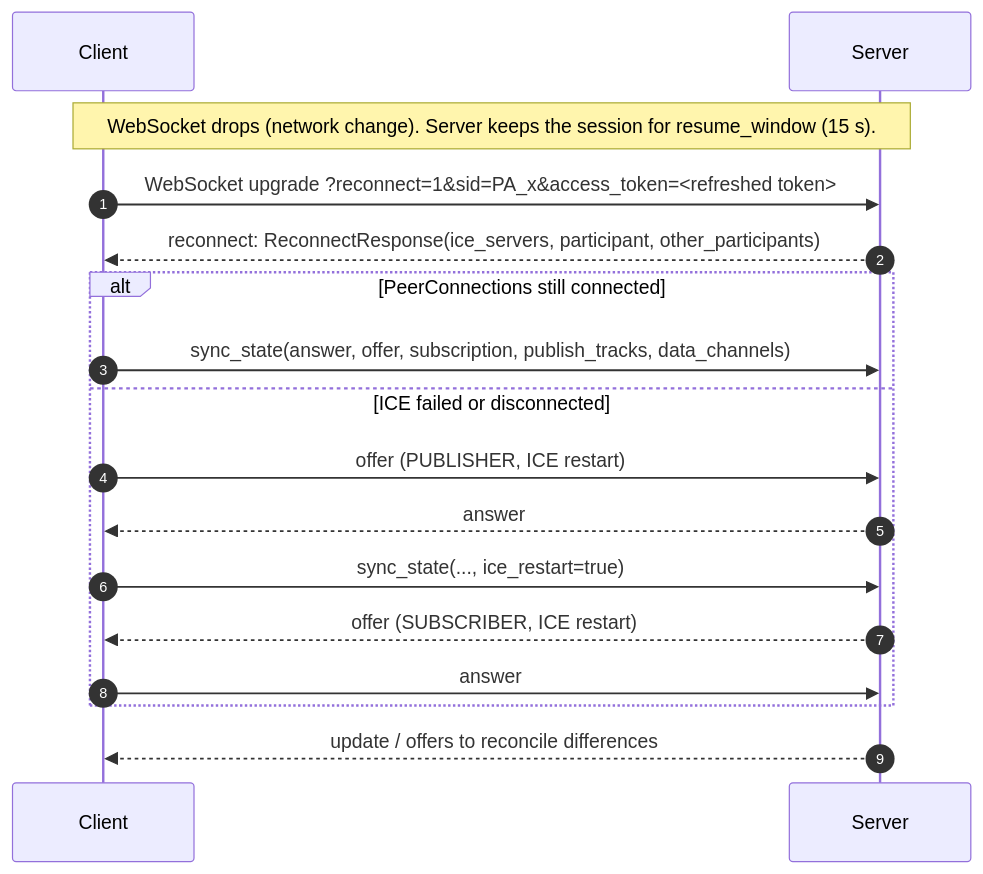
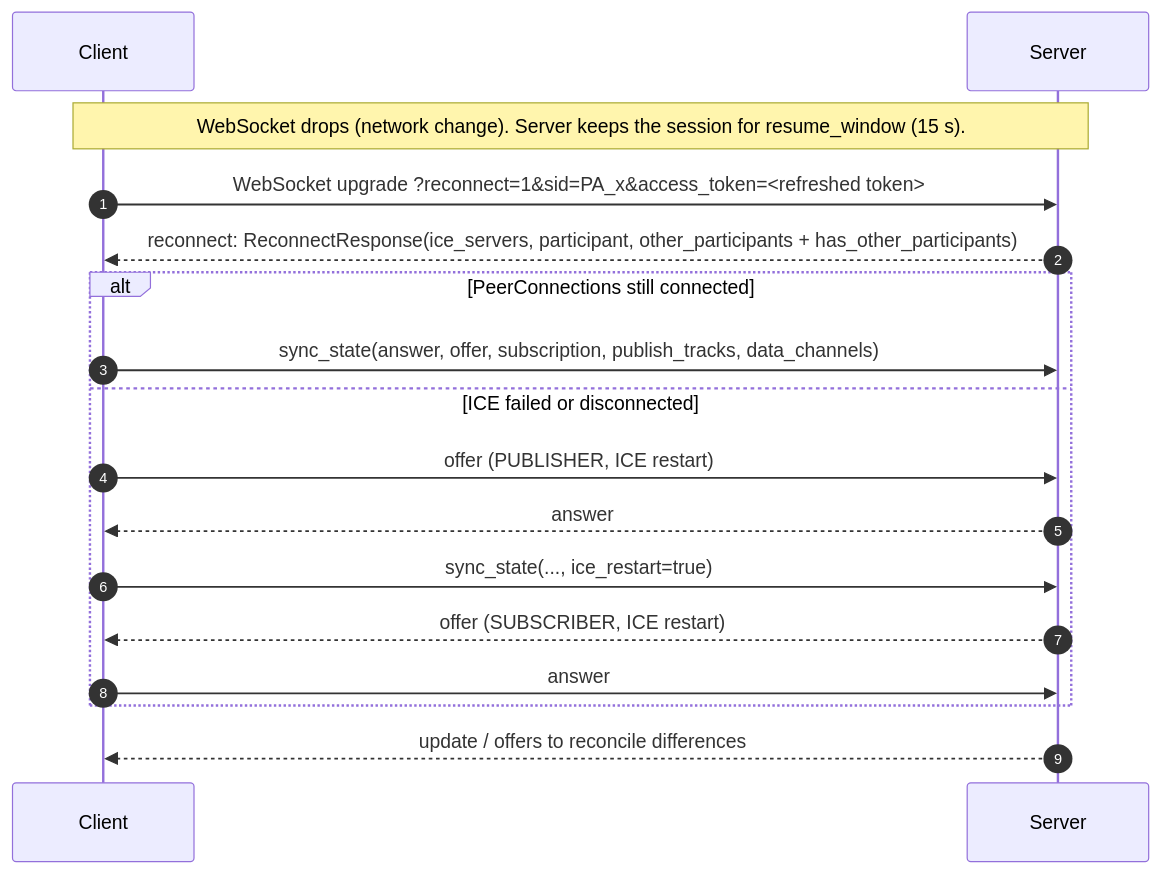
One commit to KeshavGoyal26/tessera changed the second of 2 diagrams in docs/PROTOCOL.md. Above: the diagram before and after it, drawn with Mermaid. The commit also changed 6 other files, not shown here.

Commit message:
Resume: has_other_participants flag so an SDK never reads an older server's missing list as everyone leaving; SDK tests for the resume participant sync

````diff
--- a/docs/PROTOCOL.md
+++ b/docs/PROTOCOL.md
@@ -151,19 +151,19 @@
 ```mermaid
 sequenceDiagram
   autonumber
   participant C as Client
   participant S as Server
   Note over C,S: WebSocket drops (network change). Server keeps the session for resume_window (15 s).
   C->>S: WebSocket upgrade ?reconnect=1&sid=PA_x&access_token=<refreshed token>
-  S-->>C: reconnect: ReconnectResponse(ice_servers, participant, other_participants)
+  S-->>C: reconnect: ReconnectResponse(ice_servers, participant, other_participants + has_other_participants)
   alt PeerConnections still connected
     C->>S: sync_state(answer, offer, subscription, publish_tracks, data_channels)
   else ICE failed or disconnected
     C->>S: offer (PUBLISHER, ICE restart)
     S-->>C: answer
     C->>S: sync_state(..., ice_restart=true)
     S-->>C: offer (SUBSCRIBER, ICE restart)
     C->>S: answer
   end
   S-->>C: update / offers to reconcile differences
 ```
````
